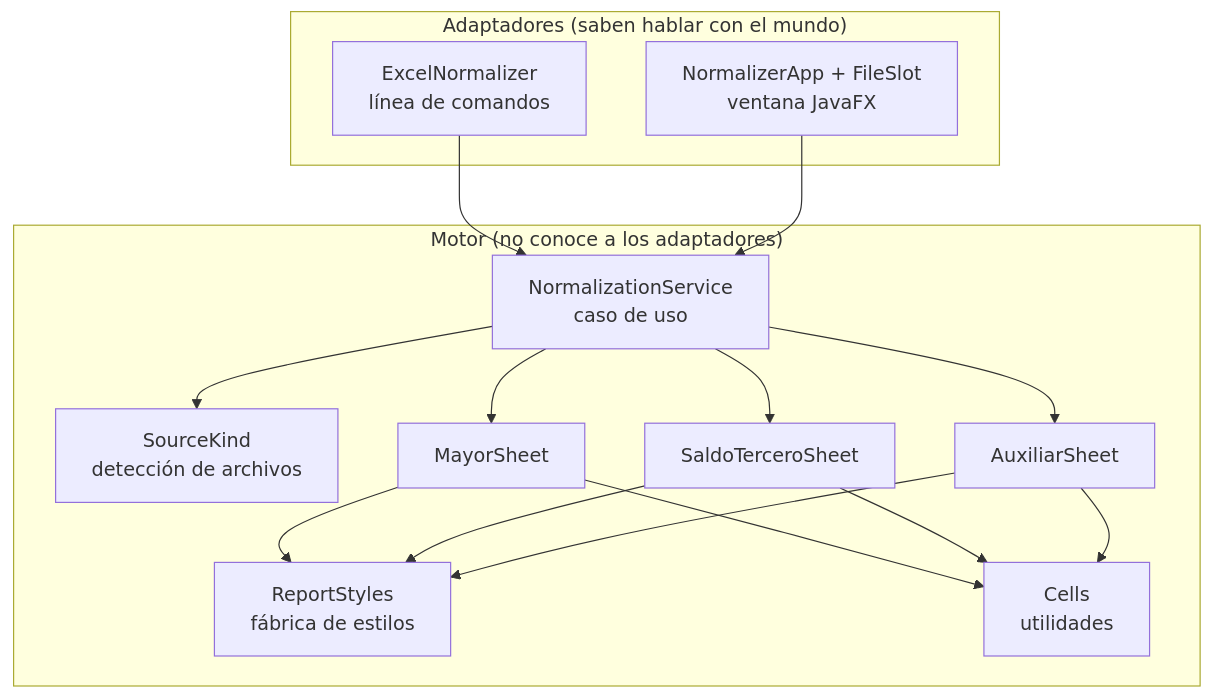
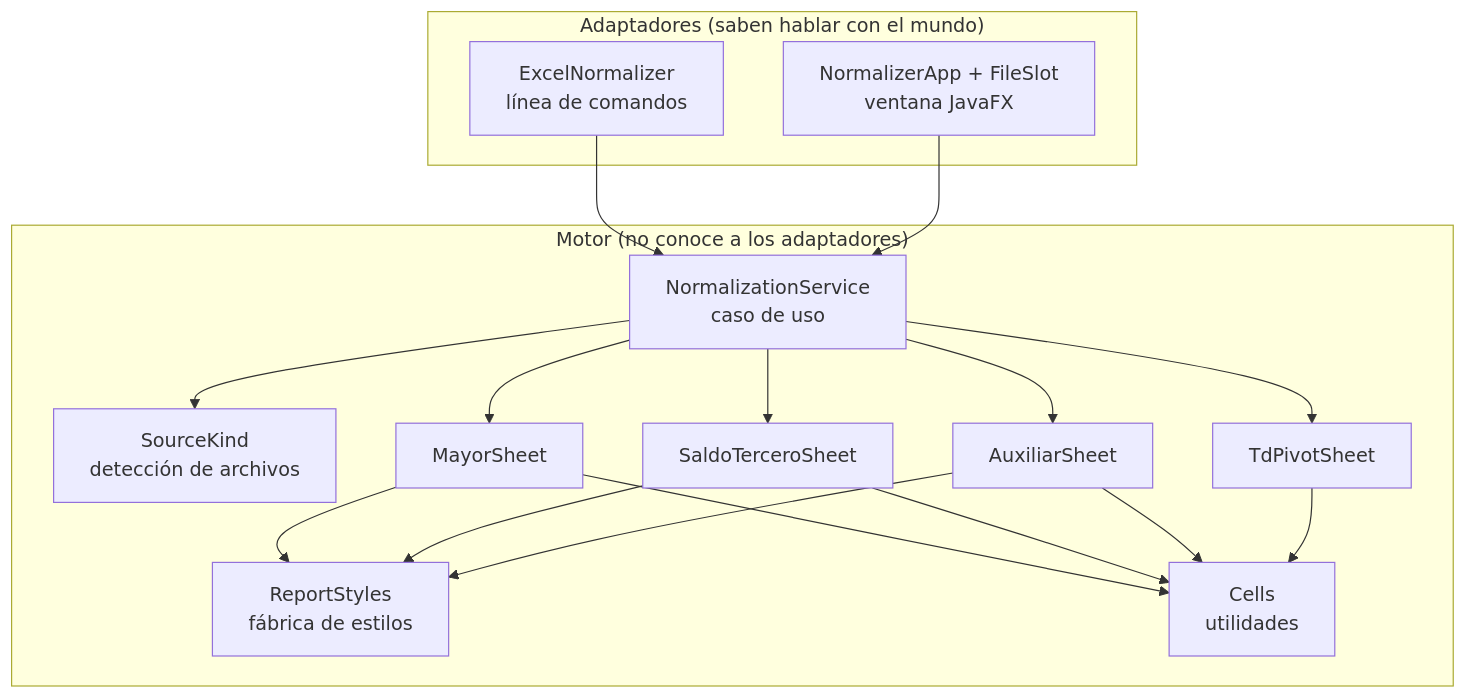
The second of 4 diagrams in docs/COMO-FUNCIONA.md (EstebanGitPro/excel-normalizer), drawn with Mermaid before and after one commit. The commit also changed other lines of this file and 1 other file, not shown here.

Commit message:
docs: add TD pivot design and update the guide

````diff
--- a/docs/COMO-FUNCIONA.md
+++ b/docs/COMO-FUNCIONA.md
@@ -121,22 +143,23 @@
 ```mermaid
 flowchart TB
     subgraph Adaptadores["Adaptadores (saben hablar con el mundo)"]
         CLI[ExcelNormalizer<br/>línea de comandos]
         UI[NormalizerApp + FileSlot<br/>ventana JavaFX]
     end
     subgraph Motor["Motor (no conoce a los adaptadores)"]
         S[NormalizationService<br/>caso de uso]
         K[SourceKind<br/>detección de archivos]
         M[MayorSheet]
         T[SaldoTerceroSheet]
         X[AuxiliarSheet]
+        P[TdPivotSheet]
         E[ReportStyles<br/>fábrica de estilos]
         C[Cells<br/>utilidades]
     end
     CLI --> S
     UI --> S
     S --> K
-    S --> M & T & X
+    S --> M & T & X & P
     M & T & X --> E
-    M & T & X --> C
+    M & T & X & P --> C
 ```
````
